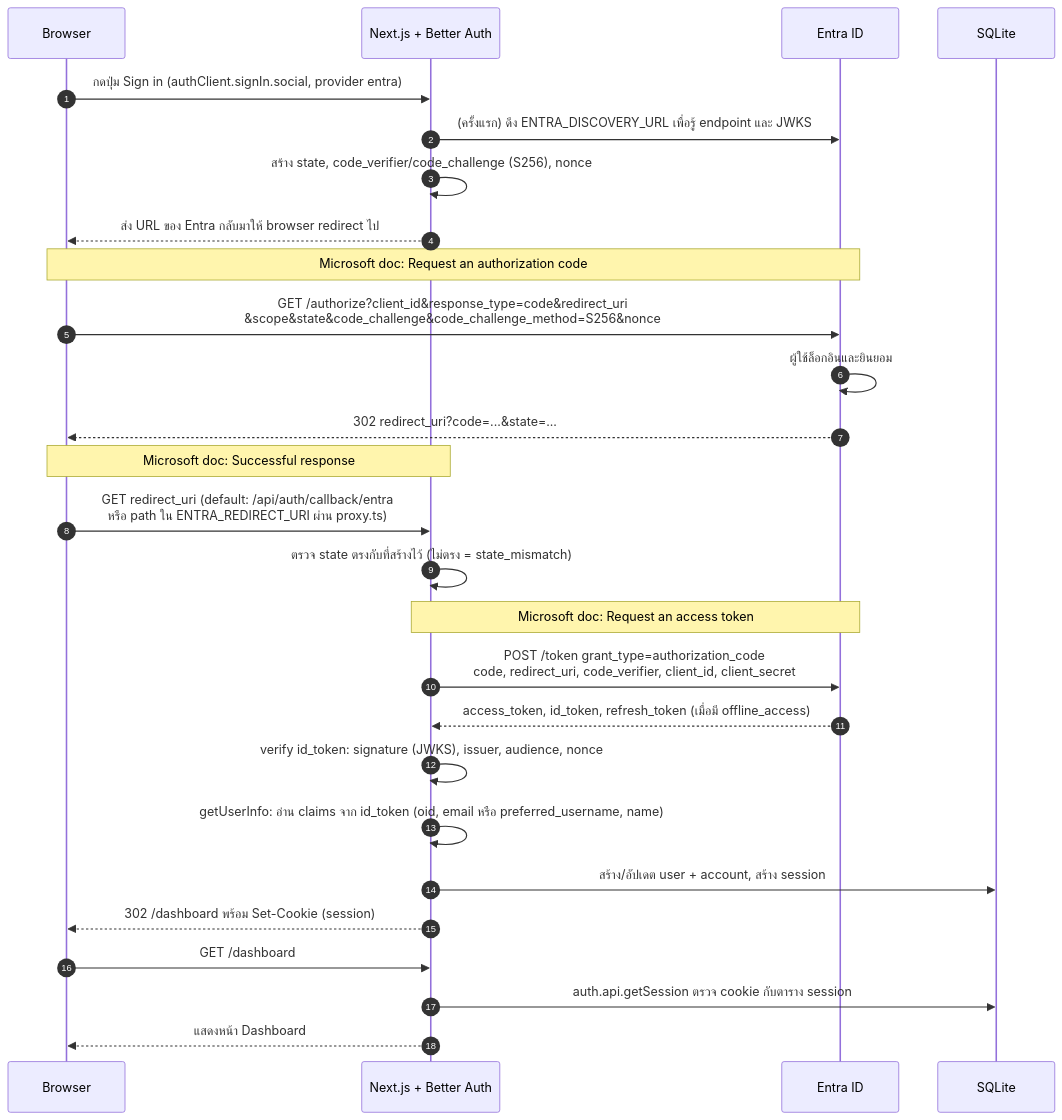
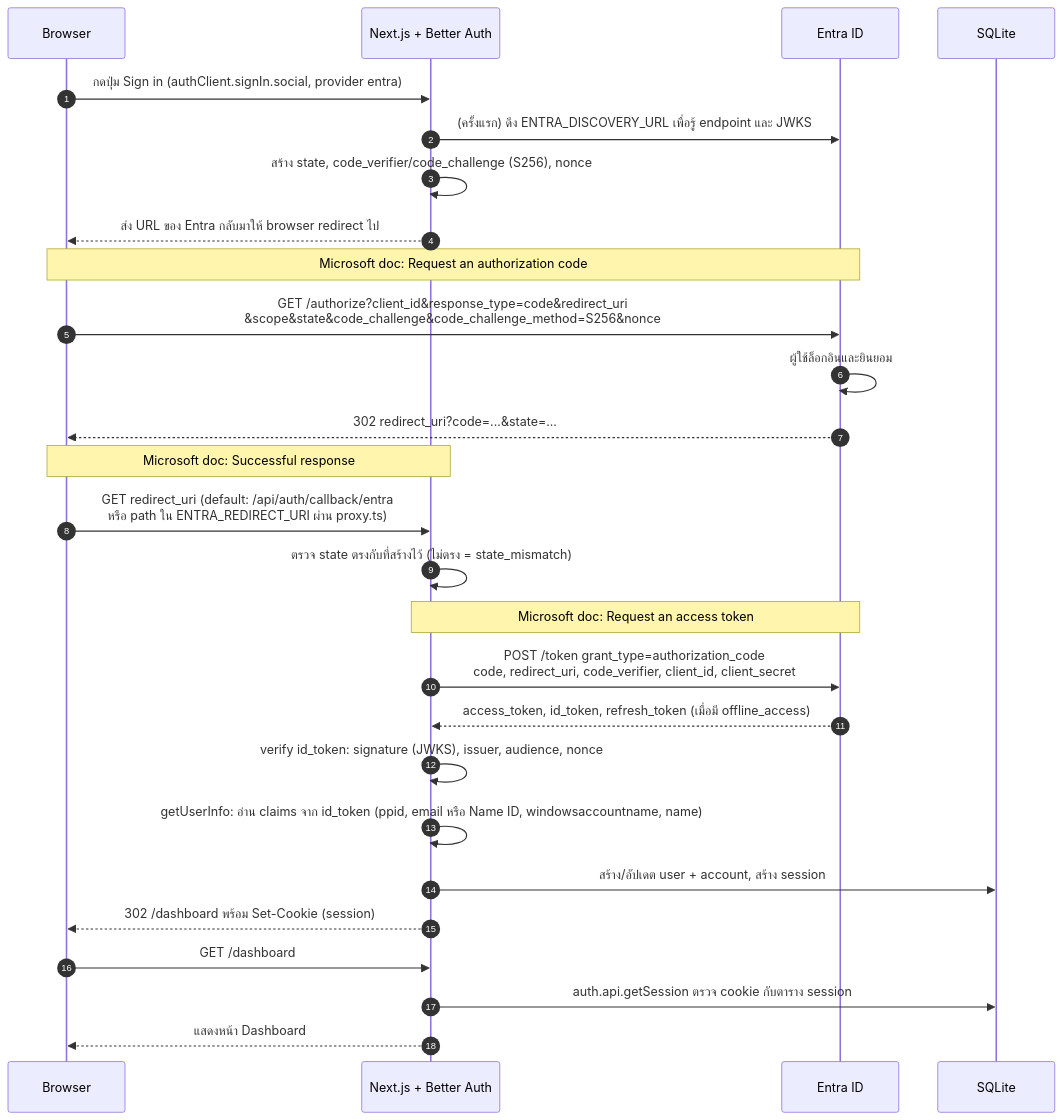
One commit to pcbimon/NextJSBetterAuthEntraID changed the diagram in README.md. Above: the diagram before and after it, drawn with Mermaid. The commit also changed other lines of this file and 9 other files, not shown here.

First line of the commit message:
Read ppid, username and email from the IdP's id_token claims

````diff
--- a/README.md
+++ b/README.md
@@ -80,30 +80,30 @@
 ```mermaid
 sequenceDiagram
     autonumber
     participant B as Browser
     participant A as Next.js + Better Auth
     participant E as Entra ID
     participant D as SQLite
 
     B->>A: กดปุ่ม Sign in (authClient.signIn.social, provider entra)
     A->>E: (ครั้งแรก) ดึง ENTRA_DISCOVERY_URL เพื่อรู้ endpoint และ JWKS
     A->>A: สร้าง state, code_verifier/code_challenge (S256), nonce
     A-->>B: ส่ง URL ของ Entra กลับมาให้ browser redirect ไป
     Note over B,E: Microsoft doc: Request an authorization code
     B->>E: GET /authorize?client_id&response_type=code&redirect_uri<br/>&scope&state&code_challenge&code_challenge_method=S256&nonce
     E->>E: ผู้ใช้ล็อกอินและยินยอม
     E-->>B: 302 redirect_uri?code=...&state=...
     Note over B,A: Microsoft doc: Successful response
     B->>A: GET redirect_uri (default: /api/auth/callback/entra<br/>หรือ path ใน ENTRA_REDIRECT_URI ผ่าน proxy.ts)
     A->>A: ตรวจ state ตรงกับที่สร้างไว้ (ไม่ตรง = state_mismatch)
     Note over A,E: Microsoft doc: Request an access token
     A->>E: POST /token grant_type=authorization_code<br/>code, redirect_uri, code_verifier, client_id, client_secret
     E-->>A: access_token, id_token, refresh_token (เมื่อมี offline_access)
     A->>A: verify id_token: signature (JWKS), issuer, audience, nonce
-    A->>A: getUserInfo: อ่าน claims จาก id_token (oid, email หรือ preferred_username, name)
+    A->>A: getUserInfo: อ่าน claims จาก id_token (ppid, email หรือ Name ID, windowsaccountname, name)
     A->>D: สร้าง/อัปเดต user + account, สร้าง session
     A-->>B: 302 /dashboard พร้อม Set-Cookie (session)
     B->>A: GET /dashboard
     A->>D: auth.api.getSession ตรวจ cookie กับตาราง session
     A-->>B: แสดงหน้า Dashboard
 ```
````
